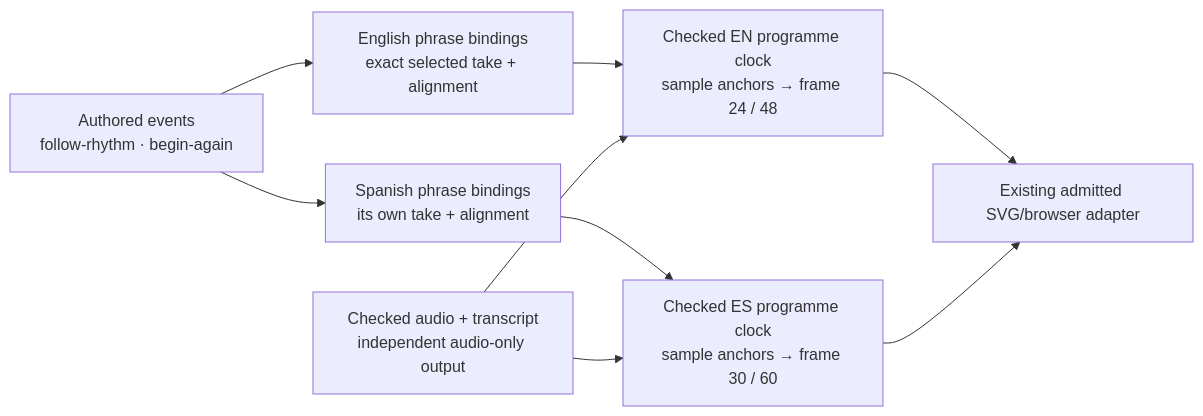
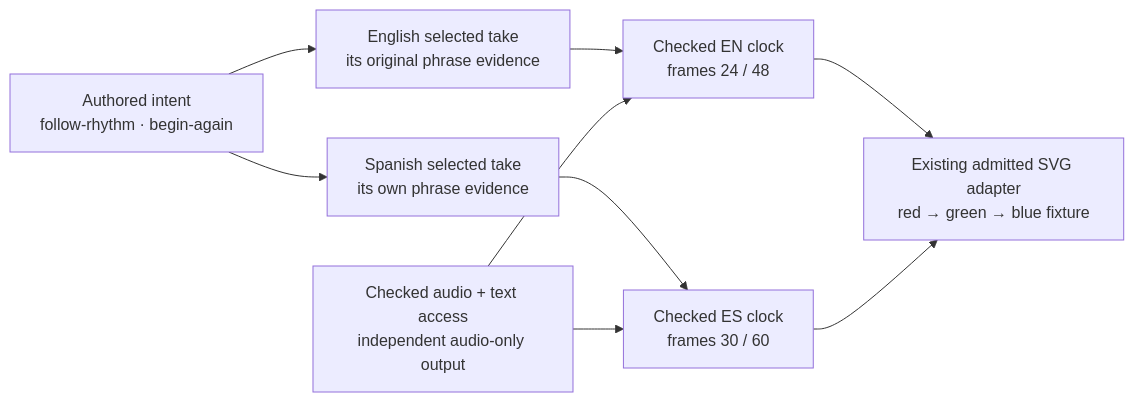
One commit to giodl73-repo/REEL changed the diagram in docs/semantic-visual-companion-v1.md. Above: the diagram before and after it, drawn with Mermaid. The commit also changed other lines of this file and 12 other files, not shown here.

Commit message:
M10: bind semantic spoken events to admitted SVG clocks and native frames

````diff
--- a/docs/semantic-visual-companion-v1.md
+++ b/docs/semantic-visual-companion-v1.md
@@ -35,13 +16,13 @@
 ```mermaid
 flowchart LR
     accTitle: Independent language clocks drive shared visual intent
-    accDescr: The same two authored events resolve through exact English and Spanish phrase bindings into different sample and frame positions. Existing checked audio and text access remain independent of the visual companion.
-    intent["Authored events<br/>follow-rhythm · begin-again"] --> en["English phrase bindings<br/>exact selected take + alignment"]
-    intent --> es["Spanish phrase bindings<br/>its own take + alignment"]
-    en --> ec["Checked EN programme clock<br/>sample anchors → frame 24 / 48"]
-    es --> sc["Checked ES programme clock<br/>sample anchors → frame 30 / 60"]
-    ec --> browser["Existing admitted SVG/browser adapter"]
+    accDescr: Two authored events resolve through exact English and Spanish phrase bindings into different sample and frame positions. Checked audio and text access remain independent of the visual companion.
+    intent["Authored intent<br/>follow-rhythm · begin-again"] --> en["English selected take<br/>its original phrase evidence"]
+    intent --> es["Spanish selected take<br/>its own phrase evidence"]
+    en --> ec["Checked EN clock<br/>frames 24 / 48"]
+    es --> sc["Checked ES clock<br/>frames 30 / 60"]
+    ec --> browser["Existing admitted SVG adapter<br/>red → green → blue fixture"]
     sc --> browser
-    audio["Checked audio + transcript<br/>independent audio-only output"] --> ec
+    audio["Checked audio + text access<br/>independent audio-only output"] --> ec
     audio --> sc
 ```
````
